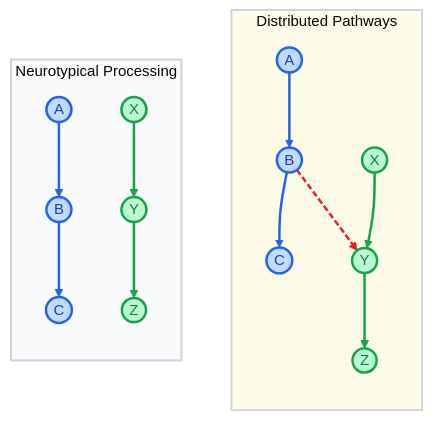
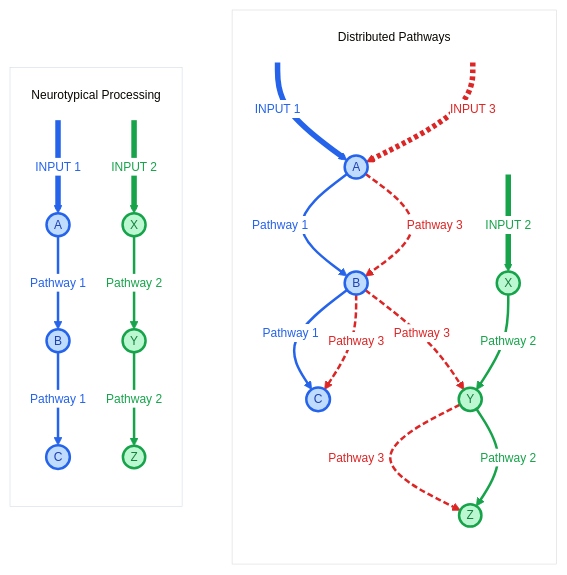
The diagram in docs/diagrams/dpm-comparison-side-by-side.mermaid (thiagosindra/higher-resolution-hypothesis), drawn with Mermaid before and after one commit. The commit also changed 1 other file, not shown here.

Commit message:
Updated side-by-side diagram to better show 3 pathways

```diff
--- a/docs/diagrams/dpm-comparison-side-by-side.mermaid
+++ b/docs/diagrams/dpm-comparison-side-by-side.mermaid
@@ -1,66 +1,98 @@
 %%{init: {
   'theme': 'base',
+  'flowchart': {
+    'curve': 'basis',
+    'wrappingWidth': 20,
+    'useMaxWidth': true
+  },
   'themeVariables': {
-    'fontFamily': 'Inter, system-ui, sans-serif',
-    'fontSize': '15px',
-    'lineColor': '#94a3b8',
-    'clusterBkg': '#fafafa',
-    'clusterBorder': '#e2e8f0',
-    'edgeLabelBackground': '#fafafa',
+    'fontFamily': 'arial',
+    'fontSize': '12px',
+    'edgeLabelBackground': '#ffffff',
     'nodeSpacing': 80,
     'rankSpacing': 80
   }
 }}%%
-graph TB
-    subgraph DPM["Distributed Pathways"]
+graph
+    subgraph DPM["<br>Distributed Pathways"]
         direction TB
-        A2((A)) --> B2((B))
-        B2 --> C2((C))
-        X2((X)) --> Y2((Y))
-        Y2 --> Z2((Z))
-        B2 -.-> Y2
+        I1A2(( ))
+        I3A2(( ))
+        I2X2(( ))
+        A2((A))
+        B2((B))
+        C2((C))
+        X2((X))
+        Y2((Y))
+        Z2((Z))
+        I1A2 --> |INPUT 1| A2
+        I3A2 --> |INPUT 3| A2
+        A2 --> |Pathway 1| B2
+        A2 --> |Pathway 3| B2
+        I2X2 --> |INPUT 2| X2
+        B2 --> |Pathway 1| C2
+        B2 --> |Pathway 3| Y2
+        B2 --> |Pathway 3| C2
+        X2 --> |Pathway 2| Y2
+        Y2 --> |Pathway 3| Z2
+        Y2 --> |Pathway 2| Z2
     end
 
-    subgraph NT["Neurotypical Processing"]
+    subgraph NT["<br>Neurotypical Processing"]
         direction TB
-        A1((A)) --> B1((B))
-        B1 --> C1((C))
-        X1((X)) --> Y1((Y))
-        Y1 --> Z1((Z))
+        IA1(( )) --> |INPUT 1| A1((A))
+        IX1(( )) --> |INPUT 2| X1((X))
+        A1 --> |Pathway 1| B1((B))
+        B1 --> |Pathway 1| C1((C))
+        X1 --> |Pathway 2| Y1((Y))
+        Y1 --> |Pathway 2| Z1((Z))
     end
 
-    style NT fill:#f8fafc,stroke:#cbd5e1,stroke-width:2px
-    style DPM fill:#fefce8,stroke:#d4d4d8,stroke-width:2px
+    style NT fill:none,stroke:#cbd5e1,stroke-width:0.5px;
+    style DPM fill:none,stroke:#d4d4d8,stroke-width:0.5px
 
     %% NT side - Blue network (A→B→C)
+    style IA1 fill:none,stroke:none
     style A1 fill:#bfdbfe,stroke:#2563eb,stroke-width:2.5px,color:#1e40af
     style B1 fill:#bfdbfe,stroke:#2563eb,stroke-width:2.5px,color:#1e40af
     style C1 fill:#bfdbfe,stroke:#2563eb,stroke-width:2.5px,color:#1e40af
 
     %% NT side - Green network (X→Y→Z)
+    style IX1 fill:none,stroke:none
     style X1 fill:#bbf7d0,stroke:#16a34a,stroke-width:2.5px,color:#15803d
     style Y1 fill:#bbf7d0,stroke:#16a34a,stroke-width:2.5px,color:#15803d
     style Z1 fill:#bbf7d0,stroke:#16a34a,stroke-width:2.5px,color:#15803d
 
     %% DPM side - Blue network (A→B→C)
+    style I1A2 fill:none,stroke:none
+    style I3A2 fill:none,stroke:none
     style A2 fill:#bfdbfe,stroke:#2563eb,stroke-width:2.5px,color:#1e40af
     style B2 fill:#bfdbfe,stroke:#2563eb,stroke-width:2.5px,color:#1e40af
     style C2 fill:#bfdbfe,stroke:#2563eb,stroke-width:2.5px,color:#1e40af
 
     %% DPM side - Green network (X→Y→Z)
+    style I2X2 fill:none,stroke:none
     style X2 fill:#bbf7d0,stroke:#16a34a,stroke-width:2.5px,color:#15803d
     style Y2 fill:#bbf7d0,stroke:#16a34a,stroke-width:2.5px,color:#15803d
     style Z2 fill:#bbf7d0,stroke:#16a34a,stroke-width:2.5px,color:#15803d
 
     %% NT side - solid within-network links
-    linkStyle 5 stroke:#2563eb,stroke-width:2.5px
-    linkStyle 6 stroke:#2563eb,stroke-width:2.5px
-    linkStyle 7 stroke:#16a34a,stroke-width:2.5px
-    linkStyle 8 stroke:#16a34a,stroke-width:2.5px
+    linkStyle 11 stroke:#2563eb,stroke-width:5.5px,color:#2563eb
+    linkStyle 12 stroke:#16a34a,stroke-width:5.5px,color:#16a34a
+    linkStyle 13 stroke:#2563eb,stroke-width:2.5px,color:#2563eb
+    linkStyle 14 stroke:#2563eb,stroke-width:2.5px,color:#2563eb
+    linkStyle 15 stroke:#16a34a,stroke-width:2.5px,color:#16a34a
+    linkStyle 16 stroke:#16a34a,stroke-width:2.5px,color:#16a34a
 
     %% DPM side - solid within-network links + dashed cross-network link
-    linkStyle 0 stroke:#2563eb,stroke-width:2.5px
-    linkStyle 1 stroke:#2563eb,stroke-width:2.5px
-    linkStyle 2 stroke:#16a34a,stroke-width:2.5px
-    linkStyle 3 stroke:#16a34a,stroke-width:2.5px
-    linkStyle 4 stroke:#dc2626,stroke-width:2.5px,stroke-dasharray: 6 3
+    linkStyle 0 stroke:#2563eb,stroke-width:5.5px,color:#2563eb
+    linkStyle 1 stroke:#dc2626,stroke-width:5.5px,color:#dc2626,stroke-dasharray: 4 3
+    linkStyle 2 stroke:#2563eb,stroke-width:2.5px,color:#2563eb
+    linkStyle 3 stroke:#dc2626,stroke-width:2.5px,color:#dc2626,stroke-dasharray: 6 3
+    linkStyle 4 stroke:#16a34a,stroke-width:5.5px,color:#16a34a
+    linkStyle 5 stroke:#2563eb,stroke-width:2.5px,color:#2563eb
+    linkStyle 6 stroke:#dc2626,stroke-width:2.5px,color:#dc2626,stroke-dasharray: 6 3
+    linkStyle 7 stroke:#dc2626,stroke-width:2.5px,color:#dc2626,stroke-dasharray: 6 3
+    linkStyle 8 stroke:#16a34a,stroke-width:2.5px,color:#16a34a
+    linkStyle 9 stroke:#dc2626,stroke-width:2.5px,color:#dc2626,stroke-dasharray: 6 3
+    linkStyle 10 stroke:#16a34a,stroke-width:2.5px,color:#16a34a
```
